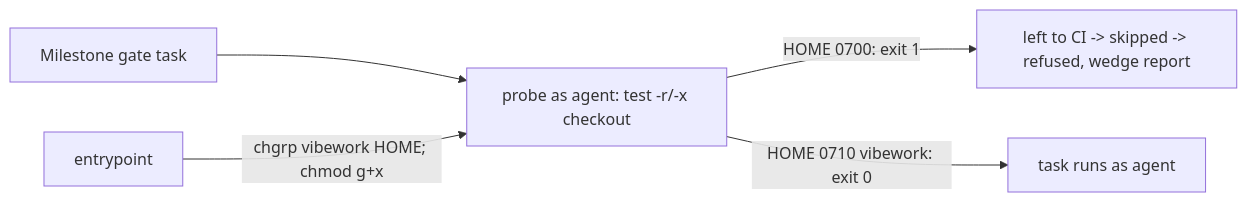
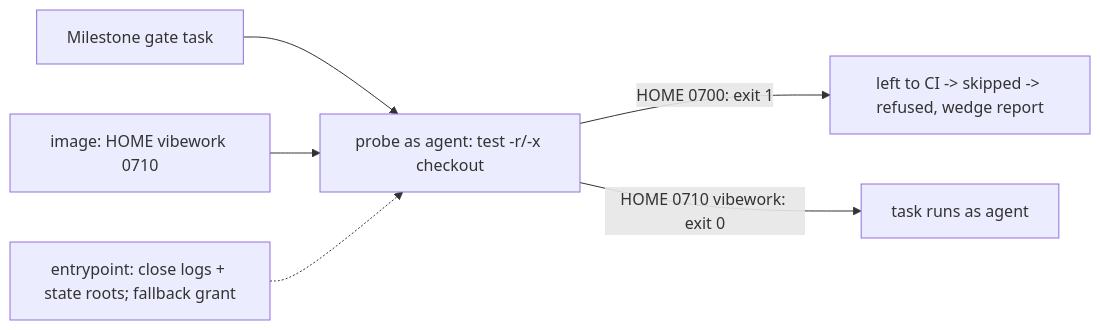
One commit to stSoftwareAU/VibeCoder changed the diagram in docs/archive/pr-summaries/pr-summary-4733.md. Above: the diagram before and after it, drawn with Mermaid. The commit also changed other lines of this file and 4 other files, not shown here.

First line of the commit message:
Close HOME's state children and set the HOME grant in the image (PR #4753 review)

````diff
--- a/docs/archive/pr-summaries/pr-summary-4733.md
+++ b/docs/archive/pr-summaries/pr-summary-4733.md
@@ -10,7 +10,8 @@
 ```mermaid
 flowchart LR
     G[Milestone gate task] --> P["probe as agent: test -r/-x checkout"]
     P -- "HOME 0700: exit 1" --> L["left to CI -> skipped -> refused, wedge report"]
     P -- "HOME 0710 vibework: exit 0" --> R[task runs as agent]
-    E[entrypoint] -- "chgrp vibework HOME; chmod g+x" --> P
+    I["image: HOME vibework 0710"] --> P
+    E["entrypoint: close logs + state roots; fallback grant"] -.-> P
 ```
````
